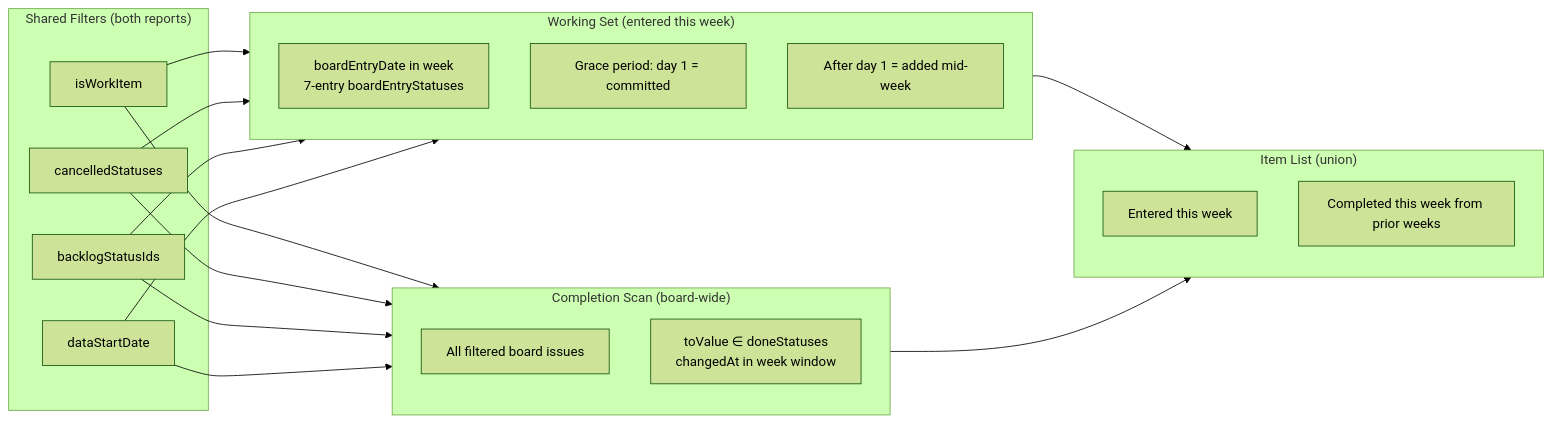
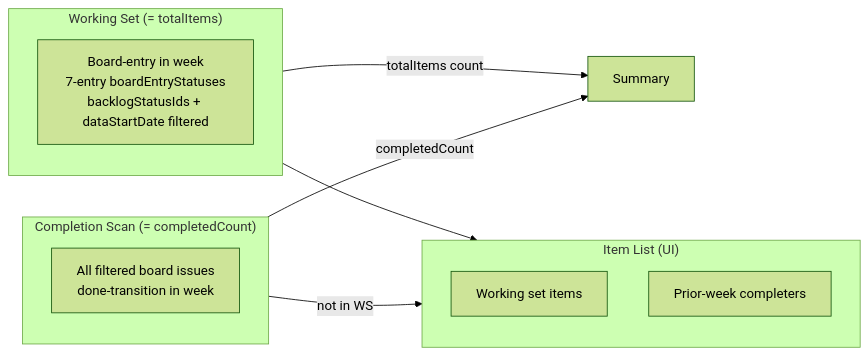
Before and after one commit to garethrhughes/fragile: the diagram in docs/proposals/0066-align-pulse-kanban-with-week-detail.md, drawn with Mermaid (forest theme). The commit also changed other lines of this file and 9 other files, not shown here.

````diff
--- a/docs/proposals/0066-align-pulse-kanban-with-week-detail.md
+++ b/docs/proposals/0066-align-pulse-kanban-with-week-detail.md
@@ -125,36 +143,20 @@
 ```mermaid
 flowchart LR
-    subgraph Filters["Shared Filters (both reports)"]
-        F1[isWorkItem]
-        F2[cancelledStatuses]
-        F3[backlogStatusIds]
-        F4[dataStartDate]
+    subgraph WS["Working Set (= totalItems)"]
+        W1[Board-entry in week<br/>7-entry boardEntryStatuses<br/>backlogStatusIds + dataStartDate filtered]
     end
 
-    subgraph WS["Working Set (entered this week)"]
-        E1[boardEntryDate in week<br/>7-entry boardEntryStatuses]
-        E2[Grace period: day 1 = committed]
-        E3[After day 1 = added mid-week]
+    subgraph CS["Completion Scan (= completedCount)"]
+        C1[All filtered board issues<br/>done-transition in week]
     end
 
-    subgraph CS["Completion Scan (board-wide)"]
-        C1[All filtered board issues]
-        C2[toValue ∈ doneStatuses<br/>changedAt in week window]
+    subgraph Items["Item List (UI)"]
+        I1[Working set items]
+        I2[Prior-week completers]
     end
 
-    subgraph Items["Item List (union)"]
-        I1[Entered this week]
-        I2[Completed this week from prior weeks]
-    end
-
-    F1 --> WS
-    F2 --> WS
-    F3 --> WS
-    F4 --> WS
-    F1 --> CS
-    F2 --> CS
-    F3 --> CS
-    F4 --> CS
+    WS -->|totalItems count| Summary
+    CS -->|completedCount| Summary
     WS --> Items
-    CS --> Items
+    CS -->|"not in WS"| Items
 ```
````
